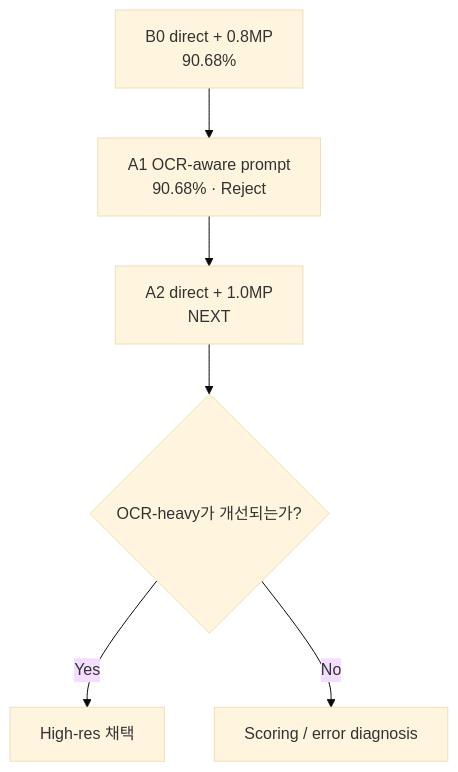
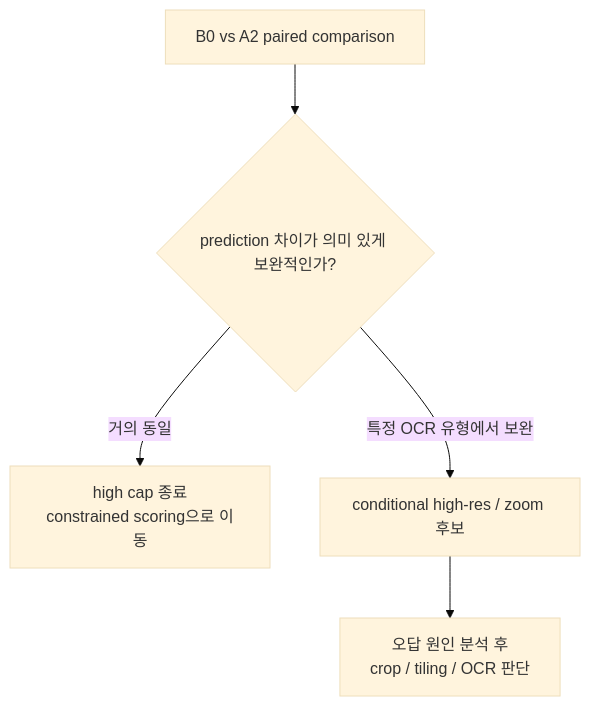
Before and after one commit to moonaneul/VQA_text_image_based: the diagram in reports/README.md, drawn with Mermaid (base theme). The commit also changed other lines of this file, not shown here.

````diff
--- a/reports/README.md
+++ b/reports/README.md
@@ -37,8 +54,7 @@
 ```mermaid
 flowchart TD
-    B0["B0 direct + 0.8MP<br/>90.68%"] --> A1["A1 OCR-aware prompt<br/>90.68% · Reject"]
-    A1 --> A2["A2 direct + 1.0MP<br/>NEXT"]
-    A2 --> Q{"OCR-heavy가 개선되는가?"}
-    Q -->|Yes| KEEP["High-res 채택"]
-    Q -->|No| NEXT["Scoring / error diagnosis"]
+    C["B0 vs A2 paired comparison"] --> Q{"prediction 차이가 의미 있게 보완적인가?"}
+    Q -->|거의 동일| S["high cap 종료<br/>constrained scoring으로 이동"]
+    Q -->|특정 OCR 유형에서 보완| R["conditional high-res / zoom 후보"]
+    R --> E["오답 원인 분석 후<br/>crop / tiling / OCR 판단"]
 ```
````
